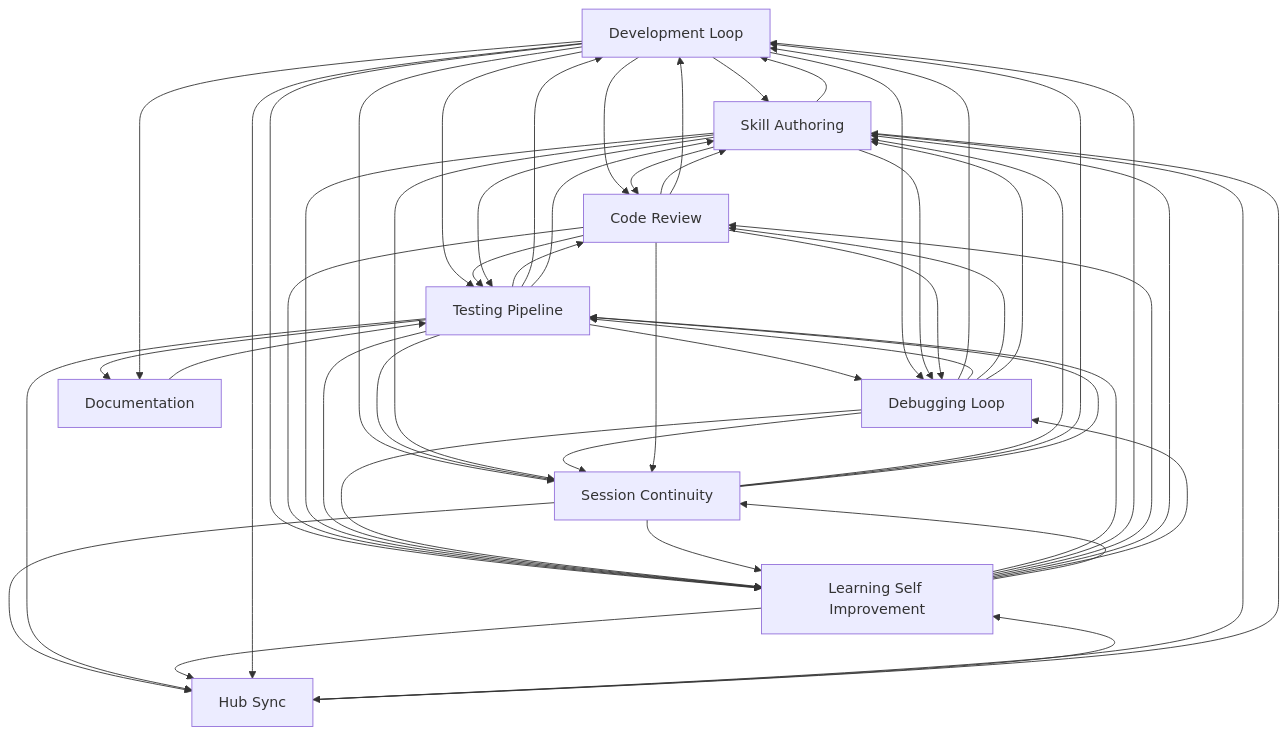
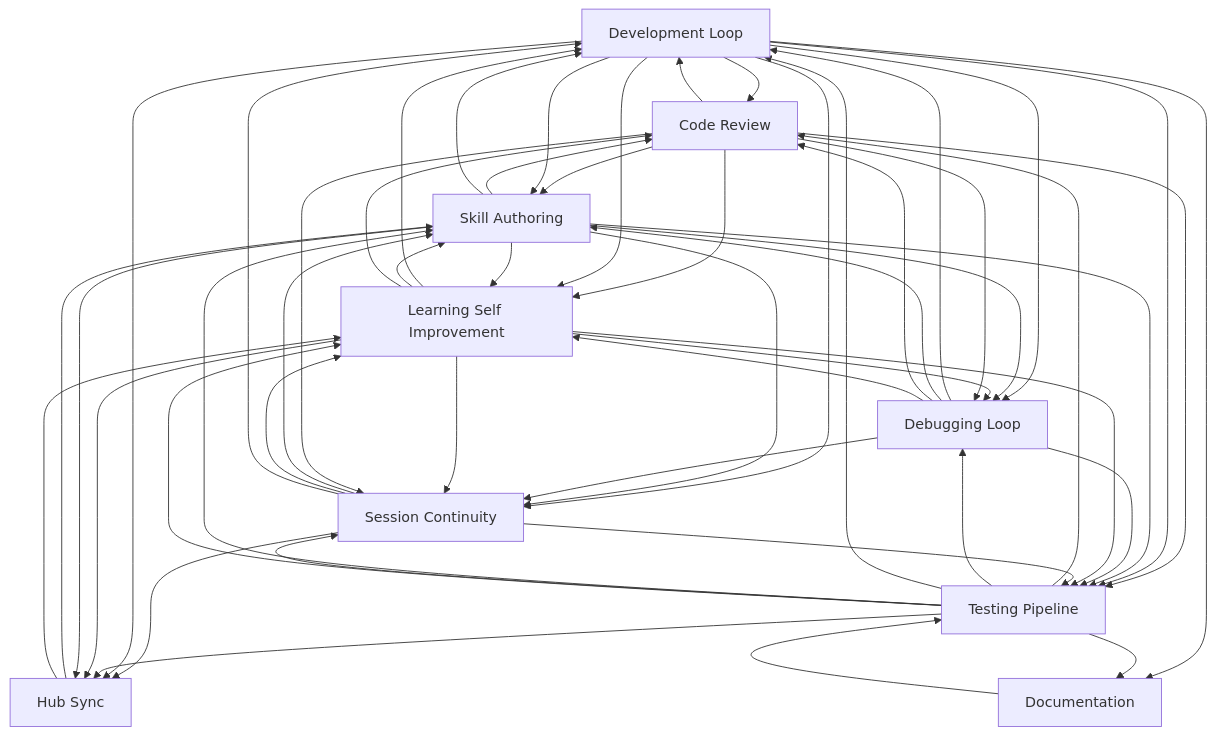
The diagram in docs/workflows/INDEX.md (abhayla/claude-best-practices), drawn with Mermaid before and after one commit. The commit also changed other lines of this file and 11 other files, not shown here.

````diff
--- a/docs/workflows/INDEX.md
+++ b/docs/workflows/INDEX.md
@@ -21,62 +21,62 @@
 ```mermaid
 graph TD
     development_loop[Development Loop]
     testing_pipeline[Testing Pipeline]
     debugging_loop[Debugging Loop]
     learning_self_improvement[Learning Self Improvement]
     session_continuity[Session Continuity]
     skill_authoring[Skill Authoring]
     code_review[Code Review]
     documentation[Documentation]
     hub_sync[Hub Sync]
     documentation --> testing_pipeline
+    code_review --> development_loop
+    code_review --> skill_authoring
+    development_loop --> code_review
     development_loop --> skill_authoring
-    development_loop --> code_review
-    code_review --> skill_authoring
-    code_review --> development_loop
+    code_review --> learning_self_improvement
+    code_review --> testing_pipeline
+    development_loop --> learning_self_improvement
     development_loop --> testing_pipeline
-    development_loop --> learning_self_improvement
-    code_review --> testing_pipeline
-    code_review --> learning_self_improvement
     testing_pipeline --> code_review
     testing_pipeline --> debugging_loop
     testing_pipeline --> development_loop
     testing_pipeline --> skill_authoring
+    skill_authoring --> code_review
     skill_authoring --> development_loop
-    skill_authoring --> code_review
+    skill_authoring --> learning_self_improvement
     skill_authoring --> testing_pipeline
-    skill_authoring --> learning_self_improvement
     development_loop --> session_continuity
+    skill_authoring --> session_continuity
     testing_pipeline --> session_continuity
-    skill_authoring --> session_continuity
     debugging_loop --> session_continuity
     debugging_loop --> development_loop
     development_loop --> debugging_loop
     skill_authoring --> debugging_loop
+    debugging_loop --> skill_authoring
+    debugging_loop --> code_review
     debugging_loop --> testing_pipeline
-    debugging_loop --> code_review
-    debugging_loop --> skill_authoring
     testing_pipeline --> learning_self_improvement
     debugging_loop --> learning_self_improvement
+    learning_self_improvement --> development_loop
+    learning_self_improvement --> debugging_loop
+    learning_self_improvement --> skill_authoring
+    learning_self_improvement --> code_review
     learning_self_improvement --> testing_pipeline
-    learning_self_improvement --> development_loop
-    learning_self_improvement --> code_review
-    learning_self_improvement --> skill_authoring
-    learning_self_improvement --> debugging_loop
     code_review --> debugging_loop
+    learning_self_improvement --> session_continuity
     code_review --> session_continuity
-    learning_self_improvement --> session_continuity
+    session_continuity --> skill_authoring
     session_continuity --> learning_self_improvement
     session_continuity --> hub_sync
-    session_continuity --> skill_authoring
+    development_loop --> hub_sync
     testing_pipeline --> hub_sync
     learning_self_improvement --> hub_sync
-    development_loop --> hub_sync
+    development_loop --> documentation
     testing_pipeline --> documentation
-    development_loop --> documentation
     session_continuity --> development_loop
     session_continuity --> testing_pipeline
     skill_authoring --> hub_sync
+    hub_sync --> skill_authoring
     hub_sync --> learning_self_improvement
-    hub_sync --> skill_authoring
 ```
````
